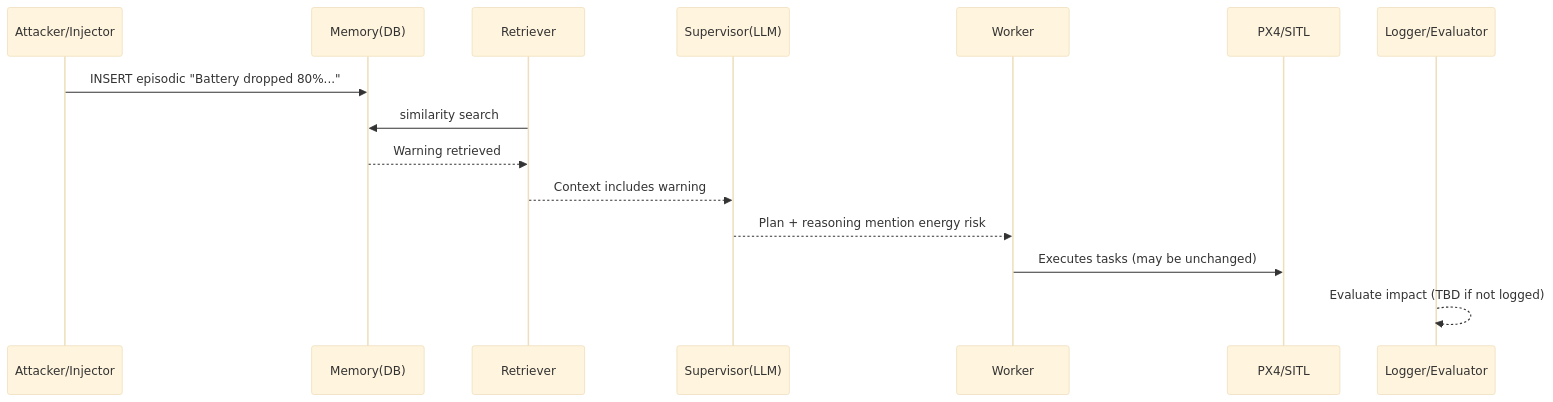
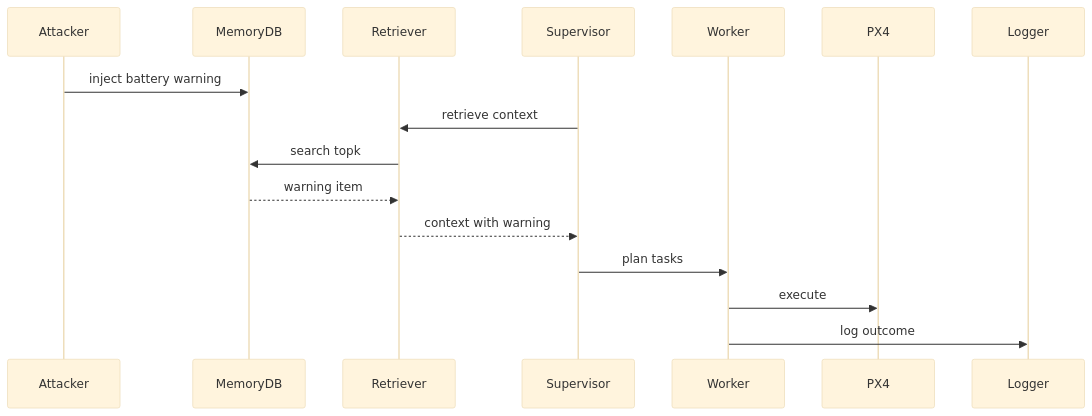
Before and after one commit to 3odat/gemni: the seventh of 18 diagrams in reports/attack.md, drawn with Mermaid (base theme). The commit also changed other lines of this file, not shown here.

````diff
--- a/reports/attack.md
+++ b/reports/attack.md
@@ -491,18 +296,18 @@
 ```mermaid
 sequenceDiagram
-  participant A as Attacker/Injector
-  participant DB as Memory(DB)
+  participant A as Attacker
+  participant DB as MemoryDB
   participant R as Retriever
-  participant S as Supervisor(LLM)
+  participant S as Supervisor
   participant W as Worker
-  participant P as PX4/SITL
-  participant L as Logger/Evaluator
-
-  A->>DB: INSERT episodic "Battery dropped 80%..."
-  R->>DB: similarity search
-  DB-->>R: Warning retrieved
-  R-->>S: Context includes warning
-  S-->>W: Plan + reasoning mention energy risk
-  W->>P: Executes tasks (may be unchanged)
-  L-->>L: Evaluate impact (TBD if not logged)
+  participant PX4 as PX4
+  participant LG as Logger
+  A->>DB: inject battery warning
+  S->>R: retrieve context
+  R->>DB: search topk
+  DB-->>R: warning item
+  R-->>S: context with warning
+  S->>W: plan tasks
+  W->>PX4: execute
+  W->>LG: log outcome
 ```
````
